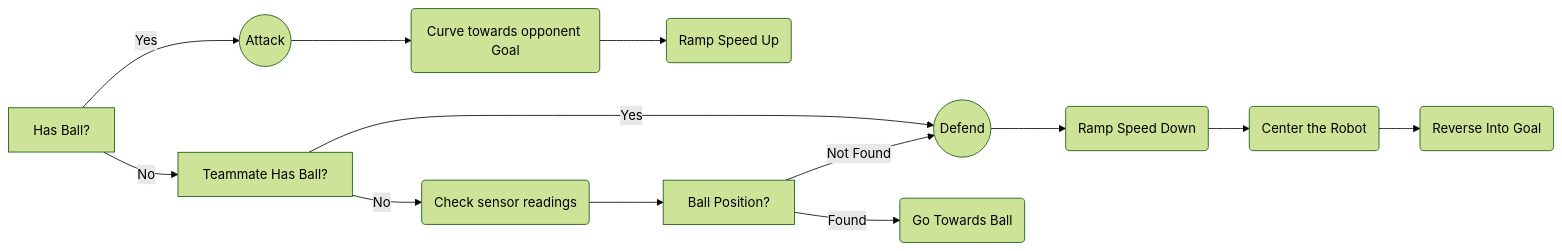
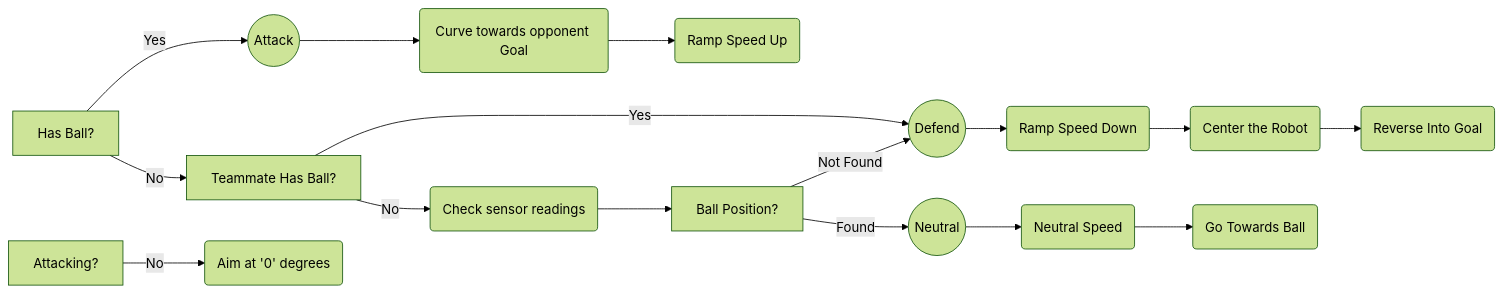
One commit to denyahnov/rc2022 changed the diagram in EngineeringNotebook.md. Above: the diagram before and after it, drawn with Mermaid (forest theme).

````diff
--- a/EngineeringNotebook.md
+++ b/EngineeringNotebook.md
@@ -19,12 +19,13 @@
 ```mermaid
 graph LR
 HasBall[Has Ball?] -- No --> TeammateBall[Teammate Has Ball?]
 TeammateBall -- Yes --> Defend((Defend))
 Defend --> SlowDown(Ramp Speed Down) --> CenterRobot(Center the Robot) --> Reverse(Reverse Into Goal)
 TeammateBall -- No --> CheckSensors(Check sensor readings)
 HasBall -- Yes --> Attack((Attack))
 Attack --> AimGoal(Curve towards opponent Goal) --> RampSpeed(Ramp Speed Up)
 CheckSensors --> BallPos[Ball Position?]
 BallPos-- Not Found --> Defend
-BallPos-- Found --> GoToBall(Go Towards Ball)
+BallPos-- Found --> Neutral((Neutral)) --> NeutralSpeed(Neutral Speed) --> GoToBall(Go Towards Ball)
+Attacking[Attacking?] -- No --> Aim(Aim at '0' degrees)
 ```
````
